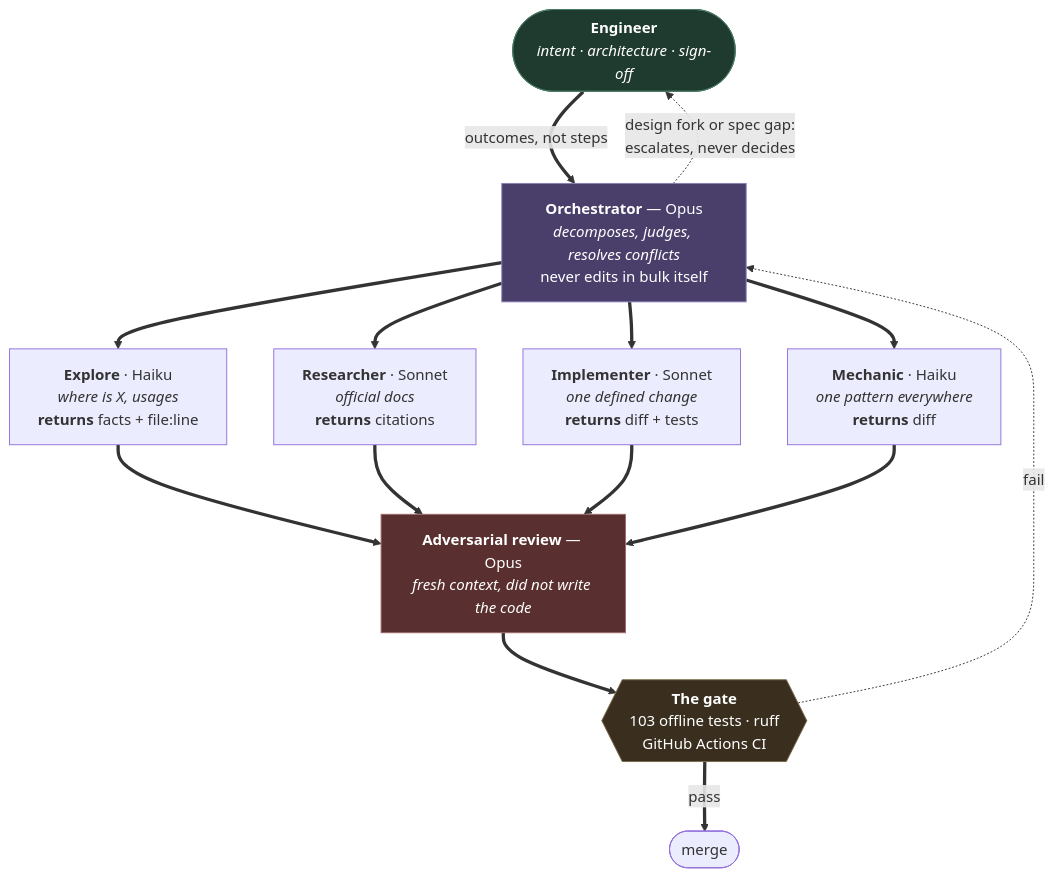
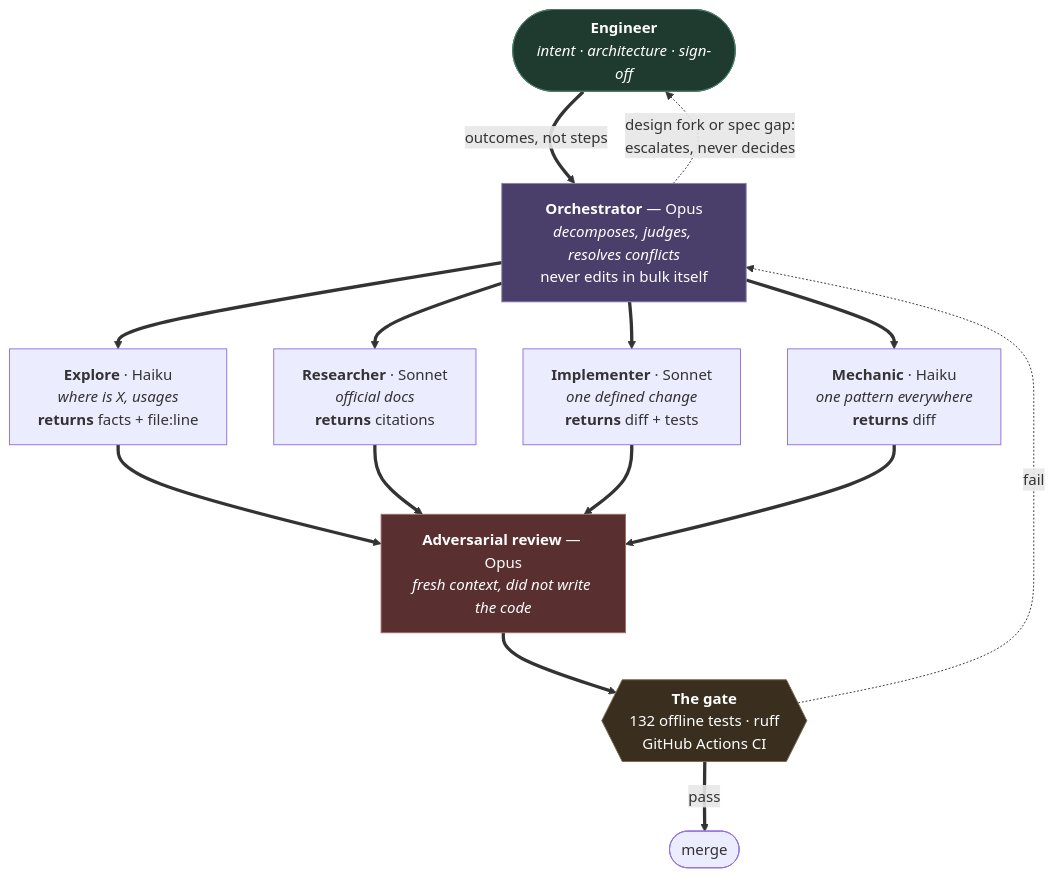
One commit to kageballs/joblist-engine changed the diagram in docs/how-this-was-built.md. Above: the diagram before and after it, drawn with Mermaid. The commit also changed other lines of this file and 6 other files, not shown here.

````diff
--- a/docs/how-this-was-built.md
+++ b/docs/how-this-was-built.md
@@ -15,29 +15,29 @@
 ```mermaid
 flowchart TD
     U(["<b>Engineer</b><br/><i>intent · architecture · sign-off</i>"])
     ORCH["<b>Orchestrator</b> — Opus<br/><i>decomposes, judges, resolves conflicts</i><br/>never edits in bulk itself"]
 
     U ==>|"outcomes, not steps"| ORCH
 
     ORCH ==> EX["<b>Explore</b> · Haiku<br/><i>where is X, usages</i><br/><b>returns</b> facts + file:line"]
     ORCH ==> RS["<b>Researcher</b> · Sonnet<br/><i>official docs</i><br/><b>returns</b> citations"]
     ORCH ==> IM["<b>Implementer</b> · Sonnet<br/><i>one defined change</i><br/><b>returns</b> diff + tests"]
     ORCH ==> ME["<b>Mechanic</b> · Haiku<br/><i>one pattern everywhere</i><br/><b>returns</b> diff"]
 
     EX ==> CR
     RS ==> CR
     IM ==> CR
     ME ==> CR
 
     CR["<b>Adversarial review</b> — Opus<br/><i>fresh context, did not write the code</i>"]
-    CR ==> GATE{{"<b>The gate</b><br/>103 offline tests · ruff<br/>GitHub Actions CI"}}
+    CR ==> GATE{{"<b>The gate</b><br/>132 offline tests · ruff<br/>GitHub Actions CI"}}
     GATE ==>|"pass"| MERGE([merge])
 
     GATE -.->|"fail"| ORCH
     ORCH -.->|"design fork or spec gap:<br/>escalates, never decides"| U
 
     style U fill:#1f3a2e,stroke:#4a7a63,color:#fff
     style ORCH fill:#4a3f6b,stroke:#8b7fb8,color:#fff
     style CR fill:#5a2f2f,stroke:#a06a6a,color:#fff
     style GATE fill:#3a2f1f,stroke:#7a6a4a,color:#fff
 ```
````
